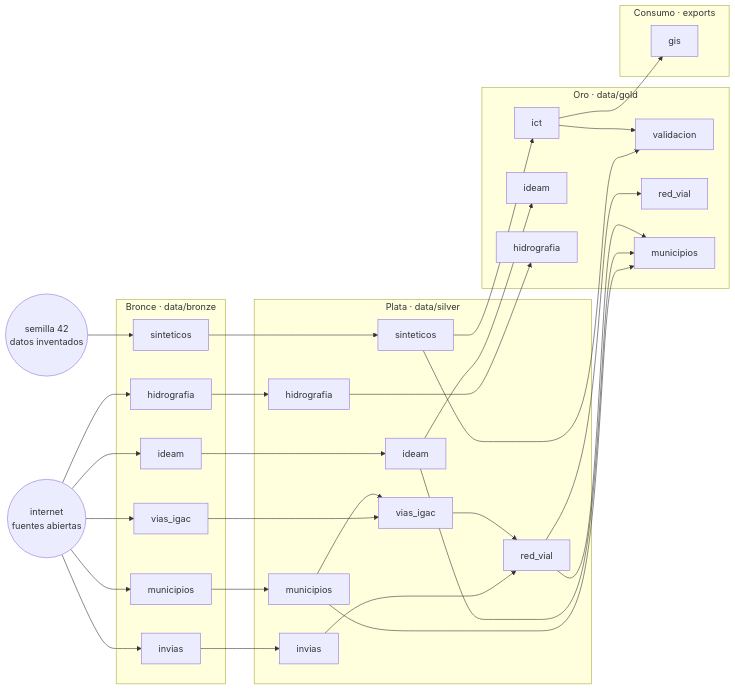
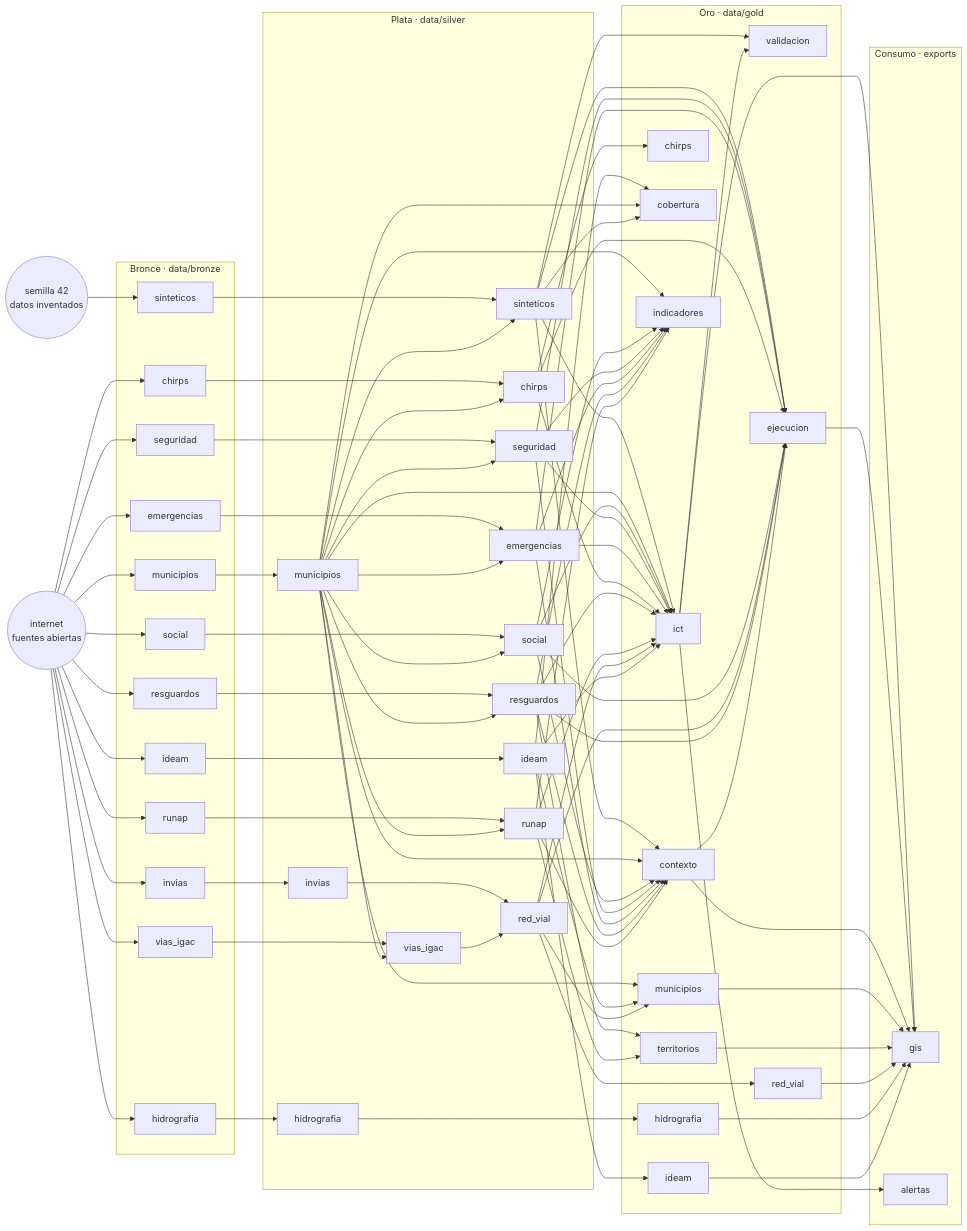
The diagram in docs/PIPELINE.md (DESARROLLO-CENYT/Piloto_Ecopetrol_Reto5), drawn with Mermaid before and after one commit. The commit also changed other lines of this file and 92 other files, not shown here.

First line of the commit message:
ICT con territorio real, puntos de crisis, alertas diarias, IA del registro y vista Flujo

````diff
--- a/docs/PIPELINE.md
+++ b/docs/PIPELINE.md
@@ -44,7 +45,13 @@
     bronce_invias["invias"]
     bronce_vias_igac["vias_igac"]
     bronce_hidrografia["hidrografia"]
+    bronce_chirps["chirps"]
     bronce_municipios["municipios"]
+    bronce_social["social"]
+    bronce_resguardos["resguardos"]
+    bronce_runap["runap"]
+    bronce_seguridad["seguridad"]
+    bronce_emergencias["emergencias"]
   end
   subgraph plata["Plata  ·  data/silver"]
     plata_sinteticos["sinteticos"]
@@ -53,7 +60,13 @@
     plata_vias_igac["vias_igac"]
     plata_hidrografia["hidrografia"]
     plata_municipios["municipios"]
+    plata_chirps["chirps"]
     plata_red_vial["red_vial"]
+    plata_social["social"]
+    plata_resguardos["resguardos"]
+    plata_runap["runap"]
+    plata_seguridad["seguridad"]
+    plata_emergencias["emergencias"]
   end
   subgraph oro["Oro  ·  data/gold"]
     oro_ict["ict"]
@@ -62,9 +75,16 @@
     oro_hidrografia["hidrografia"]
     oro_red_vial["red_vial"]
     oro_municipios["municipios"]
+    oro_chirps["chirps"]
+    oro_cobertura["cobertura"]
+    oro_territorios["territorios"]
+    oro_indicadores["indicadores"]
+    oro_contexto["contexto"]
+    oro_ejecucion["ejecucion"]
   end
   subgraph consumo["Consumo  ·  exports"]
     consumo_gis["gis"]
+    consumo_alertas["alertas"]
   end
   semilla(("semilla 42<br/>datos inventados")) --> bronce_sinteticos
   internet(("internet<br/>fuentes abiertas")) --> bronce_ideam
@@ -72,16 +92,44 @@
   internet --> bronce_vias_igac
   internet --> bronce_hidrografia
   internet --> bronce_municipios
-  bronce_sinteticos --> plata_sinteticos
+  internet --> bronce_social
+  internet --> bronce_resguardos
+  internet --> bronce_runap
+  internet --> bronce_seguridad
+  internet --> bronce_emergencias
+  internet --> bronce_chirps
   bronce_ideam --> plata_ideam
   bronce_invias --> plata_invias
   bronce_hidrografia --> plata_hidrografia
   bronce_municipios --> plata_municipios
+  bronce_sinteticos --> plata_sinteticos
+  plata_municipios --> plata_sinteticos
   bronce_vias_igac --> plata_vias_igac
   plata_municipios --> plata_vias_igac
   plata_invias --> plata_red_vial
   plata_vias_igac --> plata_red_vial
+  bronce_chirps --> plata_chirps
+  plata_municipios --> plata_chirps
+  bronce_social --> plata_social
+  plata_municipios --> plata_social
+  bronce_resguardos --> plata_resguardos
+  plata_municipios --> plata_resguardos
+  bronce_runap --> plata_runap
+  plata_municipios --> plata_runap
+  bronce_seguridad --> plata_seguridad
+  plata_municipios --> plata_seguridad
+  bronce_emergencias --> plata_emergencias
+  plata_municipios --> plata_emergencias
   plata_sinteticos --> oro_ict
+  plata_municipios --> oro_ict
+  plata_social --> oro_ict
+  plata_seguridad --> oro_ict
+  plata_emergencias --> oro_ict
+  plata_chirps --> oro_ict
+  plata_resguardos --> oro_ict
+  plata_runap --> oro_ict
+  plata_red_vial --> oro_ict
+  plata_ideam --> oro_ict
   plata_sinteticos --> oro_validacion
   oro_ict --> oro_validacion
   plata_ideam --> oro_ideam
@@ -90,5 +138,40 @@
   plata_municipios --> oro_municipios
   plata_ideam --> oro_municipios
   plata_red_vial --> oro_municipios
+  plata_ideam --> oro_cobertura
+  plata_municipios --> oro_cobertura
+  plata_sinteticos --> oro_cobertura
+  plata_chirps --> oro_chirps
+  plata_resguardos --> oro_territorios
+  plata_runap --> oro_territorios
+  plata_municipios --> oro_indicadores
+  plata_social --> oro_indicadores
+  plata_seguridad --> oro_indicadores
+  plata_emergencias --> oro_indicadores
+  plata_resguardos --> oro_indicadores
+  plata_runap --> oro_indicadores
+  plata_sinteticos --> oro_contexto
+  plata_municipios --> oro_contexto
+  plata_social --> oro_contexto
+  plata_seguridad --> oro_contexto
+  plata_emergencias --> oro_contexto
+  plata_resguardos --> oro_contexto
+  plata_runap --> oro_contexto
+  plata_sinteticos --> oro_ejecucion
+  plata_seguridad --> oro_ejecucion
+  plata_emergencias --> oro_ejecucion
+  plata_chirps --> oro_ejecucion
+  plata_social --> oro_ejecucion
+  plata_red_vial --> oro_ejecucion
+  plata_resguardos --> oro_ejecucion
+  oro_contexto --> oro_ejecucion
   oro_ict --> consumo_gis
+  oro_ejecucion --> consumo_gis
+  oro_contexto --> consumo_gis
+  oro_municipios --> consumo_gis
+  oro_territorios --> consumo_gis
+  oro_red_vial --> consumo_gis
+  oro_hidrografia --> consumo_gis
+  oro_ideam --> consumo_gis
+  oro_ict --> consumo_alertas
 ```
````
